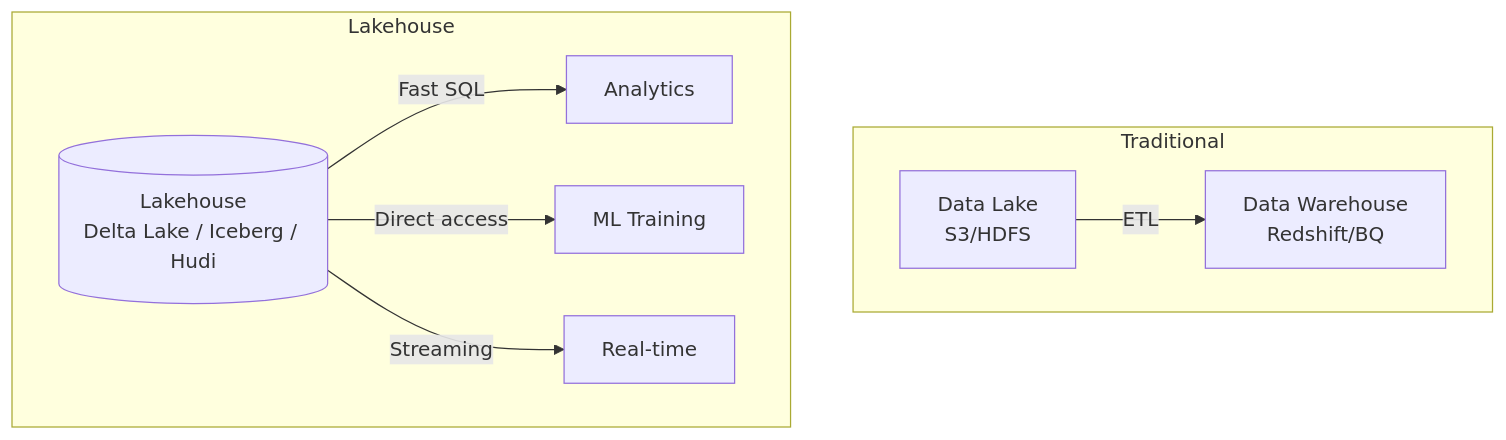
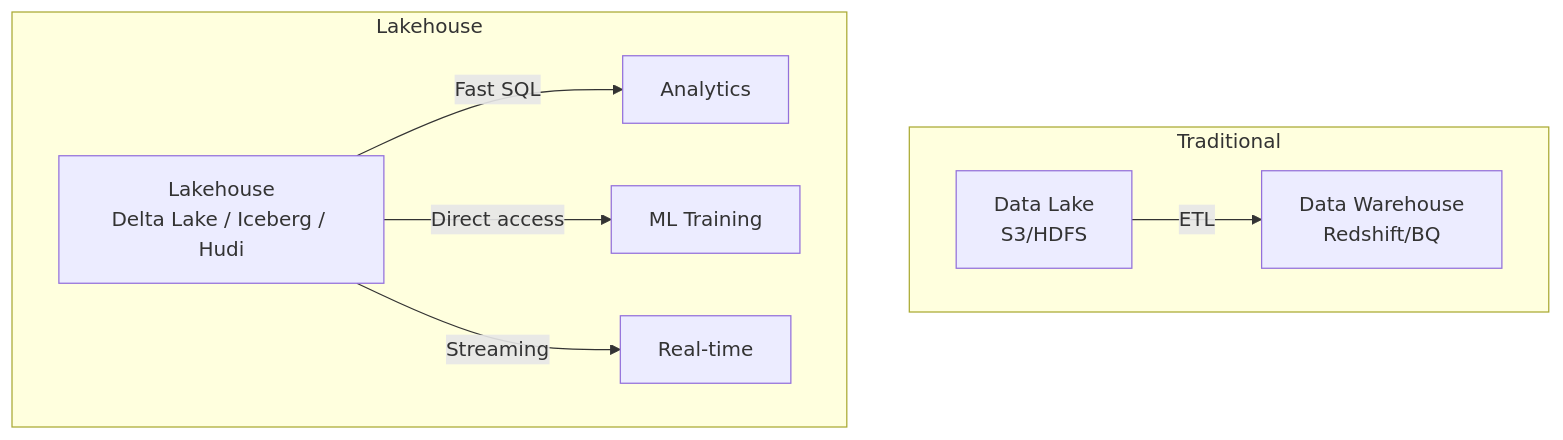
One commit to spawn08/system-design-interview changed the fifth of 7 diagrams in docs/advanced/data_warehousing.md. Above: the diagram before and after it, drawn with Mermaid. The commit also changed other lines of this file and 1740 other files, not shown here.

First line of the commit message:
Add new Mermaid diagrams for consensus algorithms and data consistency models

````diff
--- a/docs/advanced/data_warehousing.md
+++ b/docs/advanced/data_warehousing.md
@@ -337,13 +337,13 @@
 ```mermaid
 flowchart TD
     subgraph Traditional
-        DL[Data Lake<br/>S3/HDFS] -->|ETL| DW[Data Warehouse<br/>Redshift/BQ]
+        DL["Data Lake<br/>S3/HDFS"] -->|ETL| DW["Data Warehouse<br/>Redshift/BQ"]
     end
     
     subgraph Lakehouse
-        LH[(Lakehouse<br/>Delta Lake / Iceberg / Hudi)]
+        LH["Lakehouse<br/>Delta Lake / Iceberg / Hudi"]
         LH -->|Fast SQL| ANALYTICS[Analytics]
         LH -->|Direct access| ML[ML Training]
         LH -->|Streaming| STREAM[Real-time]
     end
 ```
````
